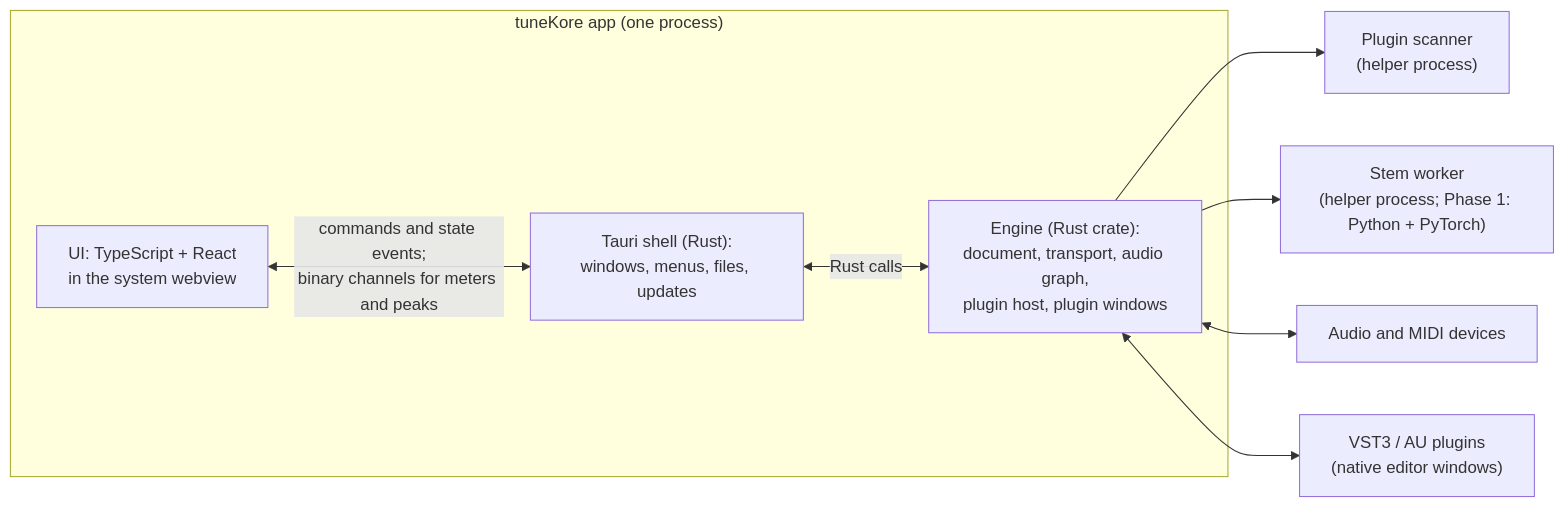
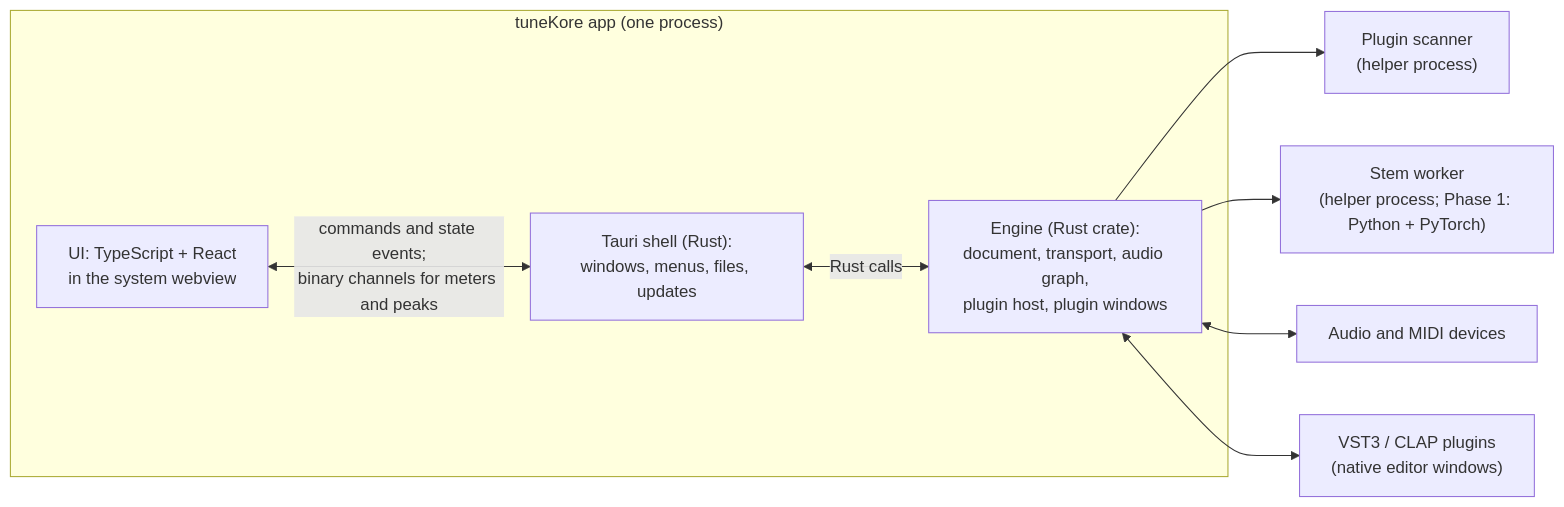
The diagram in docs/PLAN.md (idevkore/dk-tunekore), drawn with Mermaid before and after one commit. The commit also changed other lines of this file and 1 other file, not shown here.

````diff
--- a/docs/PLAN.md
+++ b/docs/PLAN.md
@@ -89,16 +119,16 @@
 ```mermaid
 flowchart LR
   subgraph App["tuneKore app (one process)"]
     UI["UI: TypeScript + React<br/>in the system webview"]
     Shell["Tauri shell (Rust):<br/>windows, menus, files, updates"]
     Engine["Engine (Rust crate):<br/>document, transport, audio graph,<br/>plugin host, plugin windows"]
     UI <-- "commands and state events;<br/>binary channels for meters and peaks" --> Shell
     Shell <-- "Rust calls" --> Engine
   end
   Scanner["Plugin scanner<br/>(helper process)"]
   Stems["Stem worker<br/>(helper process; Phase 1: Python + PyTorch)"]
   Engine --> Scanner
   Engine --> Stems
   Engine <--> Audio["Audio and MIDI devices"]
-  Engine <--> Plugins["VST3 / AU plugins<br/>(native editor windows)"]
+  Engine <--> Plugins["VST3 / CLAP plugins<br/>(native editor windows)"]
 ```
````
